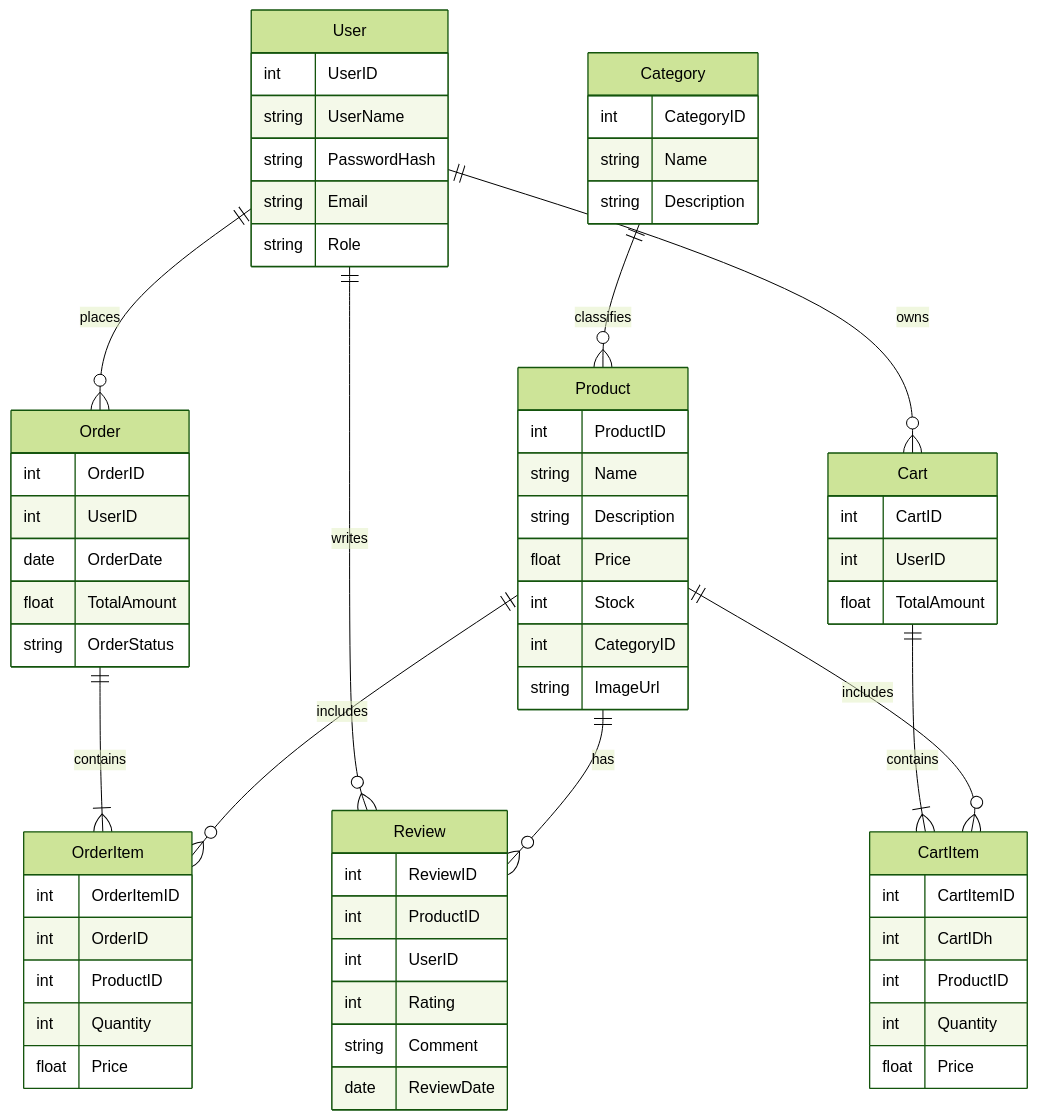
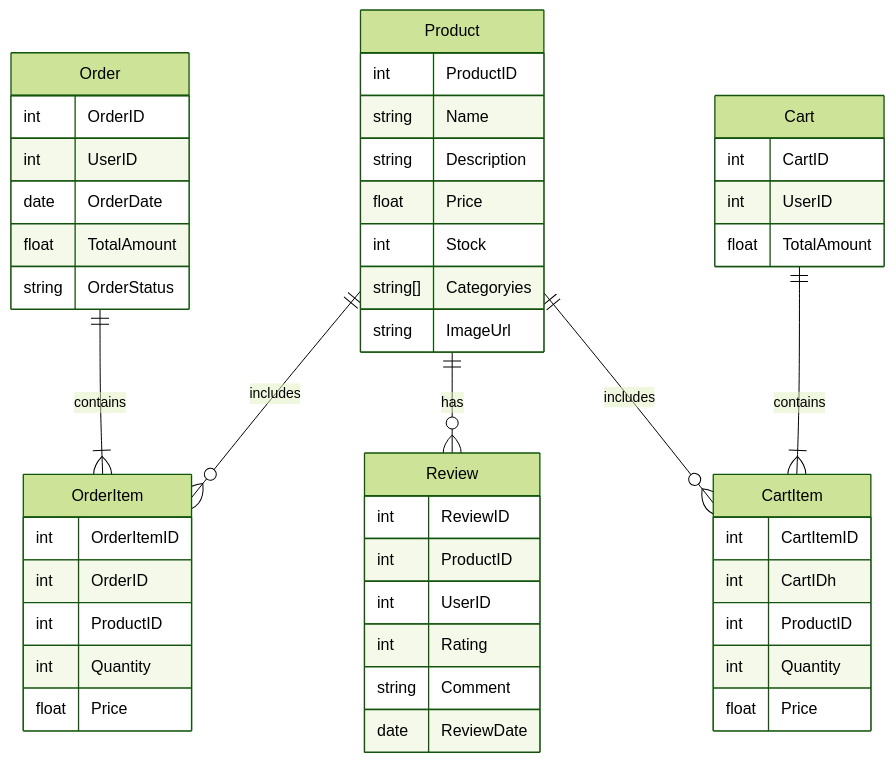
The diagram in docs/diagrams/entity-relationship-diagram.mmd (MGTheTrain/e-commerce-service), drawn with Mermaid (forest theme) before and after one commit. The commit also changed 3 other files, not shown here.

Commit message:
modify diagrams

```diff
--- a/docs/diagrams/entity-relationship-diagram.mmd
+++ b/docs/diagrams/entity-relationship-diagram.mmd
@@ -1,81 +1,62 @@
 erDiagram
     %% Bounded Contexts: User Management, Product Management, Order Management, Shopping Cart, Review Management
-    
-    %% User Management Context
-    User {
-        int UserID
-        string UserName
-        string PasswordHash
-        string Email
-        string Role
-    }
     
     %% Product Management Context
     Product {
         int ProductID
         string Name
         string Description
         float Price
         int Stock
-        int CategoryID
+        string[] Categoryies
         string ImageUrl
-    }
-    
-    Category {
-        int CategoryID
-        string Name
-        string Description
     }
     
     %% Order Management Context
     Order {
         int OrderID
         int UserID
         date OrderDate
         float TotalAmount
         string OrderStatus
     }
     
     OrderItem {
         int OrderItemID
         int OrderID
         int ProductID
         int Quantity
         float Price
     }
     
     %% Shopping Cart Context
     Cart {
         int CartID
         int UserID
         float TotalAmount
     }
     
     CartItem {
         int CartItemID
         int CartIDh
         int ProductID
         int Quantity
         float Price
     }
     
     %% Review Management Context
     Review {
         int ReviewID
         int ProductID
         int UserID
         int Rating
         string Comment
         date ReviewDate
     }
 
     %% Relationships
-    User ||--o{ Order : places
     Order ||--|{ OrderItem : contains
     Product ||--o{ OrderItem : includes
-    User ||--o{ Review : writes
     Product ||--o{ Review : has
-    User ||--o{ Cart : owns
     Cart ||--|{ CartItem : contains
     Product ||--o{ CartItem : includes
-    Category ||--o{ Product : classifies
```
